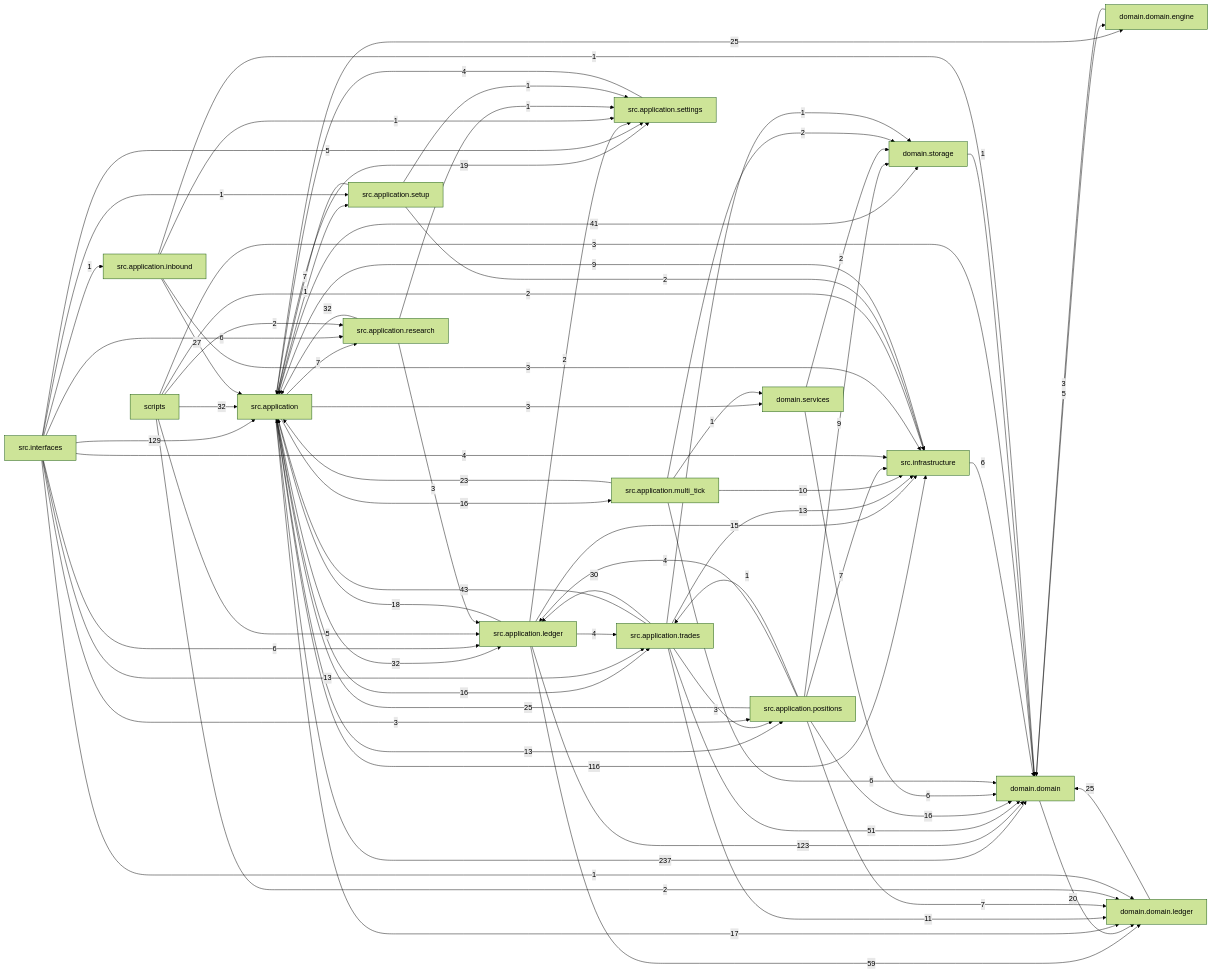
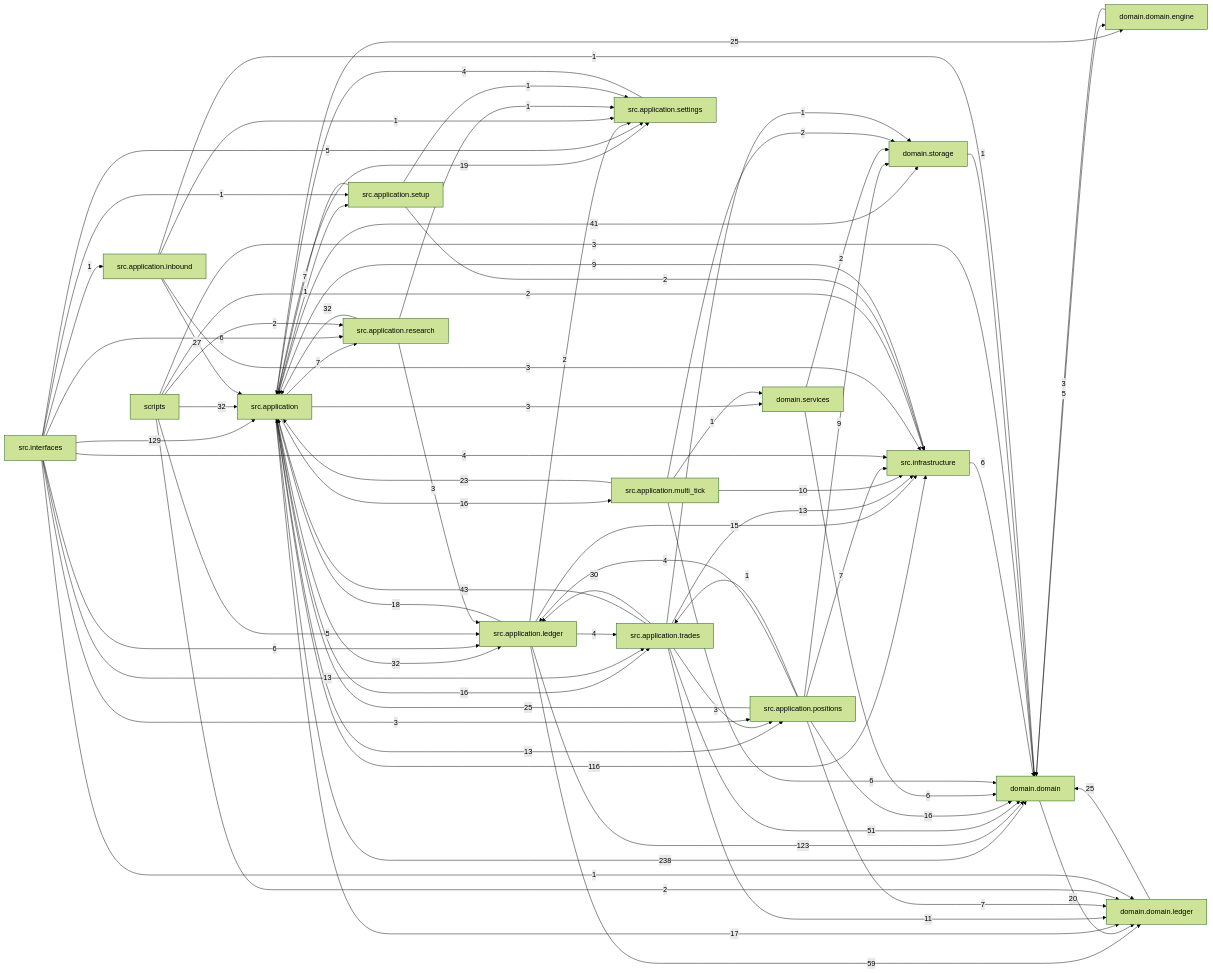
One commit to liuxie066/options-monitor changed the diagram in docs/dependency_graph.mmd. Above: the diagram before and after it, drawn with Mermaid (forest theme). The commit also changed 11 other files, not shown here.

```diff
--- a/docs/dependency_graph.mmd
+++ b/docs/dependency_graph.mmd
@@ -1,75 +1,75 @@
 flowchart LR
-  src_application["src.application"] -->|237| domain_domain["domain.domain"]
+  src_application["src.application"] -->|238| domain_domain["domain.domain"]
   src_interfaces["src.interfaces"] -->|129| src_application["src.application"]
   src_application_ledger["src.application.ledger"] -->|123| domain_domain["domain.domain"]
   src_application["src.application"] -->|116| src_infrastructure["src.infrastructure"]
   src_application_ledger["src.application.ledger"] -->|59| domain_domain_ledger["domain.domain.ledger"]
   src_application_trades["src.application.trades"] -->|51| domain_domain["domain.domain"]
   src_application_trades["src.application.trades"] -->|43| src_application["src.application"]
   src_application["src.application"] -->|41| domain_storage["domain.storage"]
   scripts["scripts"] -->|32| src_application["src.application"]
   src_application["src.application"] -->|32| src_application_ledger["src.application.ledger"]
   src_application_research["src.application.research"] -->|32| src_application["src.application"]
   src_application_trades["src.application.trades"] -->|30| src_application_ledger["src.application.ledger"]
   src_application_inbound["src.application.inbound"] -->|27| src_application["src.application"]
   domain_domain_ledger["domain.domain.ledger"] -->|25| domain_domain["domain.domain"]
   src_application["src.application"] -->|25| domain_domain_engine["domain.domain.engine"]
   src_application_positions["src.application.positions"] -->|25| src_application["src.application"]
   src_application_multi_tick["src.application.multi_tick"] -->|23| src_application["src.application"]
   domain_domain["domain.domain"] -->|20| domain_domain_ledger["domain.domain.ledger"]
   src_application["src.application"] -->|19| src_application_settings["src.application.settings"]
   src_application_ledger["src.application.ledger"] -->|18| src_application["src.application"]
   src_application["src.application"] -->|17| domain_domain_ledger["domain.domain.ledger"]
   src_application["src.application"] -->|16| src_application_multi_tick["src.application.multi_tick"]
   src_application["src.application"] -->|16| src_application_trades["src.application.trades"]
   src_application_positions["src.application.positions"] -->|16| domain_domain["domain.domain"]
   src_application_ledger["src.application.ledger"] -->|15| src_infrastructure["src.infrastructure"]
   src_application["src.application"] -->|13| src_application_positions["src.application.positions"]
   src_application_trades["src.application.trades"] -->|13| src_infrastructure["src.infrastructure"]
   src_interfaces["src.interfaces"] -->|13| src_application_trades["src.application.trades"]
   src_application_trades["src.application.trades"] -->|11| domain_domain_ledger["domain.domain.ledger"]
   src_application_multi_tick["src.application.multi_tick"] -->|10| src_infrastructure["src.infrastructure"]
   src_application_positions["src.application.positions"] -->|9| domain_storage["domain.storage"]
   src_infrastructure["src.infrastructure"] -->|9| src_application["src.application"]
   src_application["src.application"] -->|7| src_application_research["src.application.research"]
   src_application_positions["src.application.positions"] -->|7| domain_domain_ledger["domain.domain.ledger"]
   src_application_positions["src.application.positions"] -->|7| src_infrastructure["src.infrastructure"]
   src_application_setup["src.application.setup"] -->|7| src_application["src.application"]
   domain_services["domain.services"] -->|6| domain_domain["domain.domain"]
   src_application_multi_tick["src.application.multi_tick"] -->|6| domain_domain["domain.domain"]
   src_infrastructure["src.infrastructure"] -->|6| domain_domain["domain.domain"]
   src_interfaces["src.interfaces"] -->|6| src_application_ledger["src.application.ledger"]
   src_interfaces["src.interfaces"] -->|6| src_application_research["src.application.research"]
   domain_domain["domain.domain"] -->|5| domain_domain_engine["domain.domain.engine"]
   scripts["scripts"] -->|5| src_application_ledger["src.application.ledger"]
   src_interfaces["src.interfaces"] -->|5| src_application_settings["src.application.settings"]
   src_application_ledger["src.application.ledger"] -->|4| src_application_trades["src.application.trades"]
   src_application_positions["src.application.positions"] -->|4| src_application_ledger["src.application.ledger"]
   src_application_settings["src.application.settings"] -->|4| src_application["src.application"]
   src_interfaces["src.interfaces"] -->|4| src_infrastructure["src.infrastructure"]
   domain_domain_engine["domain.domain.engine"] -->|3| domain_domain["domain.domain"]
   scripts["scripts"] -->|3| domain_domain["domain.domain"]
   src_application["src.application"] -->|3| domain_services["domain.services"]
   src_application_inbound["src.application.inbound"] -->|3| src_infrastructure["src.infrastructure"]
   src_application_research["src.application.research"] -->|3| src_application_ledger["src.application.ledger"]
   src_application_trades["src.application.trades"] -->|3| src_application_positions["src.application.positions"]
   src_interfaces["src.interfaces"] -->|3| src_application_positions["src.application.positions"]
   domain_services["domain.services"] -->|2| domain_storage["domain.storage"]
   scripts["scripts"] -->|2| domain_domain_ledger["domain.domain.ledger"]
   scripts["scripts"] -->|2| src_application_research["src.application.research"]
   scripts["scripts"] -->|2| src_infrastructure["src.infrastructure"]
   src_application_ledger["src.application.ledger"] -->|2| src_application_settings["src.application.settings"]
   src_application_multi_tick["src.application.multi_tick"] -->|2| domain_storage["domain.storage"]
   src_application_setup["src.application.setup"] -->|2| src_infrastructure["src.infrastructure"]
   domain_storage["domain.storage"] -->|1| domain_domain["domain.domain"]
   src_application["src.application"] -->|1| src_application_setup["src.application.setup"]
   src_application_inbound["src.application.inbound"] -->|1| domain_domain["domain.domain"]
   src_application_inbound["src.application.inbound"] -->|1| src_application_settings["src.application.settings"]
   src_application_multi_tick["src.application.multi_tick"] -->|1| domain_services["domain.services"]
   src_application_positions["src.application.positions"] -->|1| src_application_trades["src.application.trades"]
   src_application_research["src.application.research"] -->|1| src_application_settings["src.application.settings"]
   src_application_setup["src.application.setup"] -->|1| src_application_settings["src.application.settings"]
   src_application_trades["src.application.trades"] -->|1| domain_storage["domain.storage"]
   src_interfaces["src.interfaces"] -->|1| domain_domain_ledger["domain.domain.ledger"]
   src_interfaces["src.interfaces"] -->|1| src_application_inbound["src.application.inbound"]
   src_interfaces["src.interfaces"] -->|1| src_application_setup["src.application.setup"]
```
